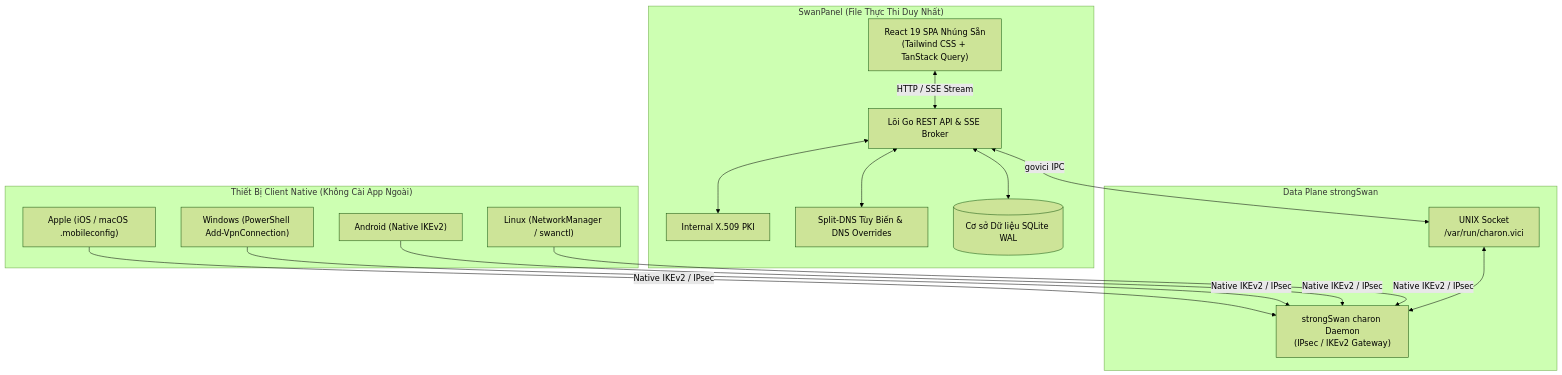
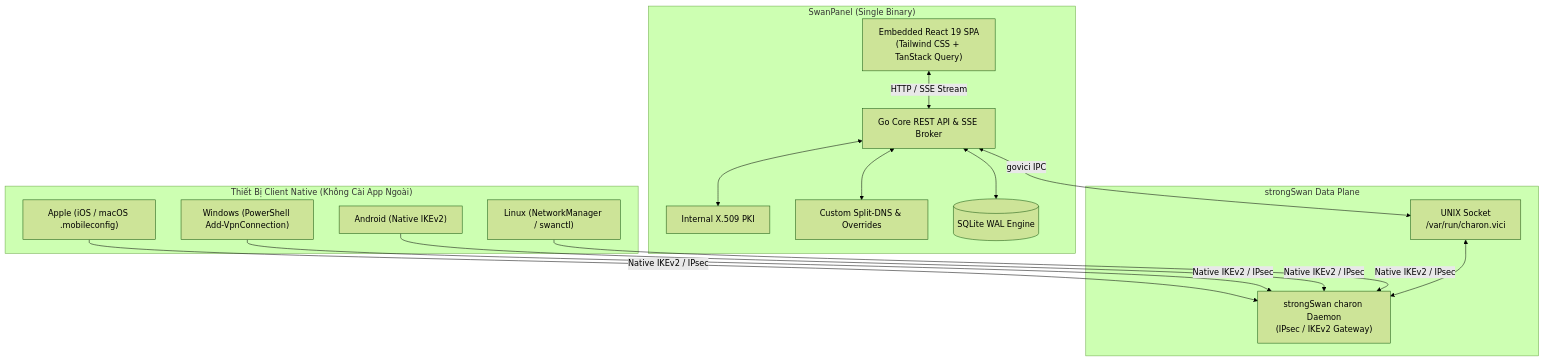
Before and after one commit to thienvu18/swan-panel: the diagram in README.vi.md, drawn with Mermaid (forest theme). The commit also changed other lines of this file and 20 other files, not shown here.

````diff
--- a/README.vi.md
+++ b/README.vi.md
@@ -96,34 +116,34 @@
 ```mermaid
 flowchart TD
     subgraph Clients["Thiết Bị Client Native (Không Cài App Ngoài)"]
         Apple["Apple (iOS / macOS .mobileconfig)"]
         Win["Windows (PowerShell Add-VpnConnection)"]
         Android["Android (Native IKEv2)"]
         Linux["Linux (NetworkManager / swanctl)"]
     end
 
-    subgraph Core["SwanPanel (File Thực Thi Duy Nhất)"]
-        UI["React 19 SPA Nhúng Sẵn\n(Tailwind CSS + TanStack Query)"]
-        API["Lõi Go REST API & SSE Broker"]
+    subgraph Core["SwanPanel (Single Binary)"]
+        UI["Embedded React 19 SPA\n(Tailwind CSS + TanStack Query)"]
+        API["Go Core REST API & SSE Broker"]
         PKI["Internal X.509 PKI"]
-        DNS["Split-DNS Tùy Biến & DNS Overrides"]
-        DB[("Cơ sở Dữ liệu SQLite WAL")]
+        DNS["Custom Split-DNS & Overrides"]
+        DB[("SQLite WAL Engine")]
     end
 
-    subgraph DataPlane["Data Plane strongSwan"]
+    subgraph DataPlane["strongSwan Data Plane"]
         Socket["UNIX Socket\n/var/run/charon.vici"]
         Daemon["strongSwan charon Daemon\n(IPsec / IKEv2 Gateway)"]
     end
 
     Apple -->|Native IKEv2 / IPsec| Daemon
     Win -->|Native IKEv2 / IPsec| Daemon
     Android -->|Native IKEv2 / IPsec| Daemon
     Linux -->|Native IKEv2 / IPsec| Daemon
 
     UI <-->|HTTP / SSE Stream| API
     API <--> DB
     API <--> PKI
     API <--> DNS
     API <-->|govici IPC| Socket
     Socket <--> Daemon
 ```
````
